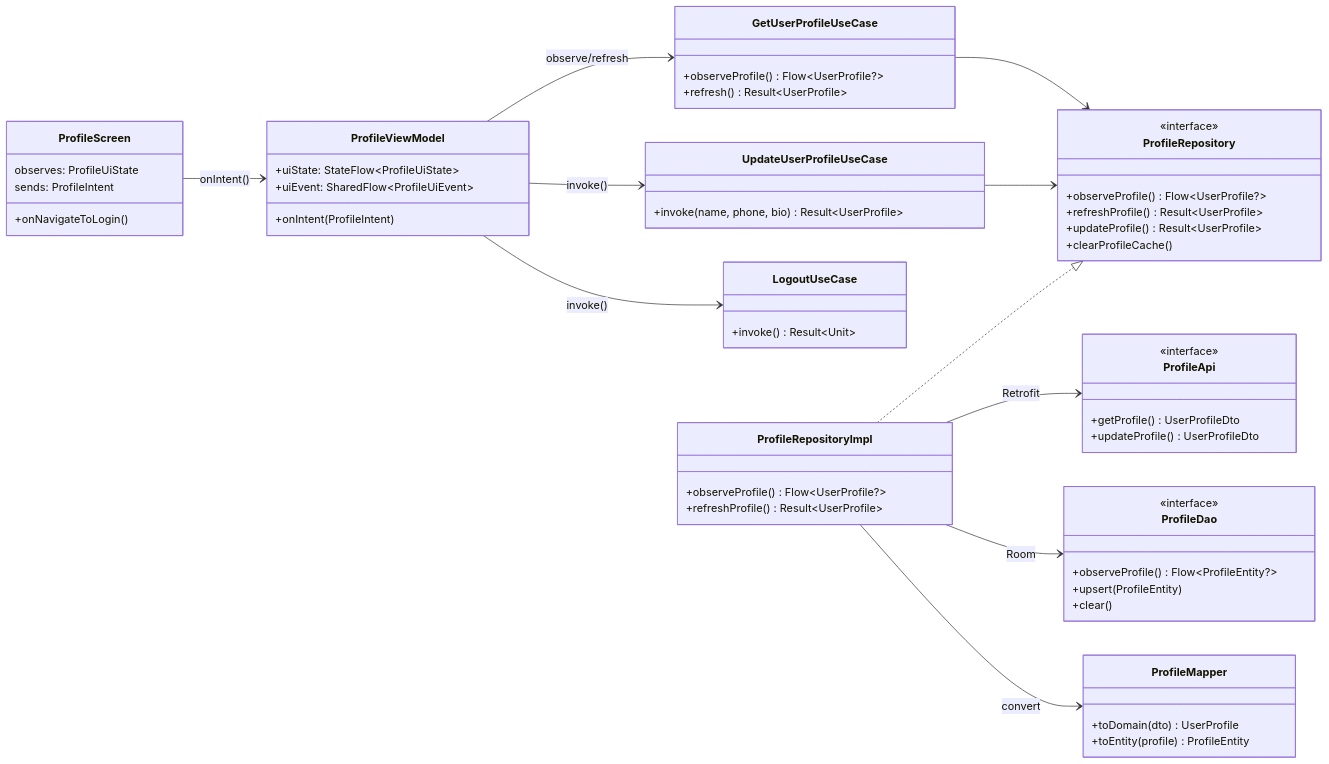
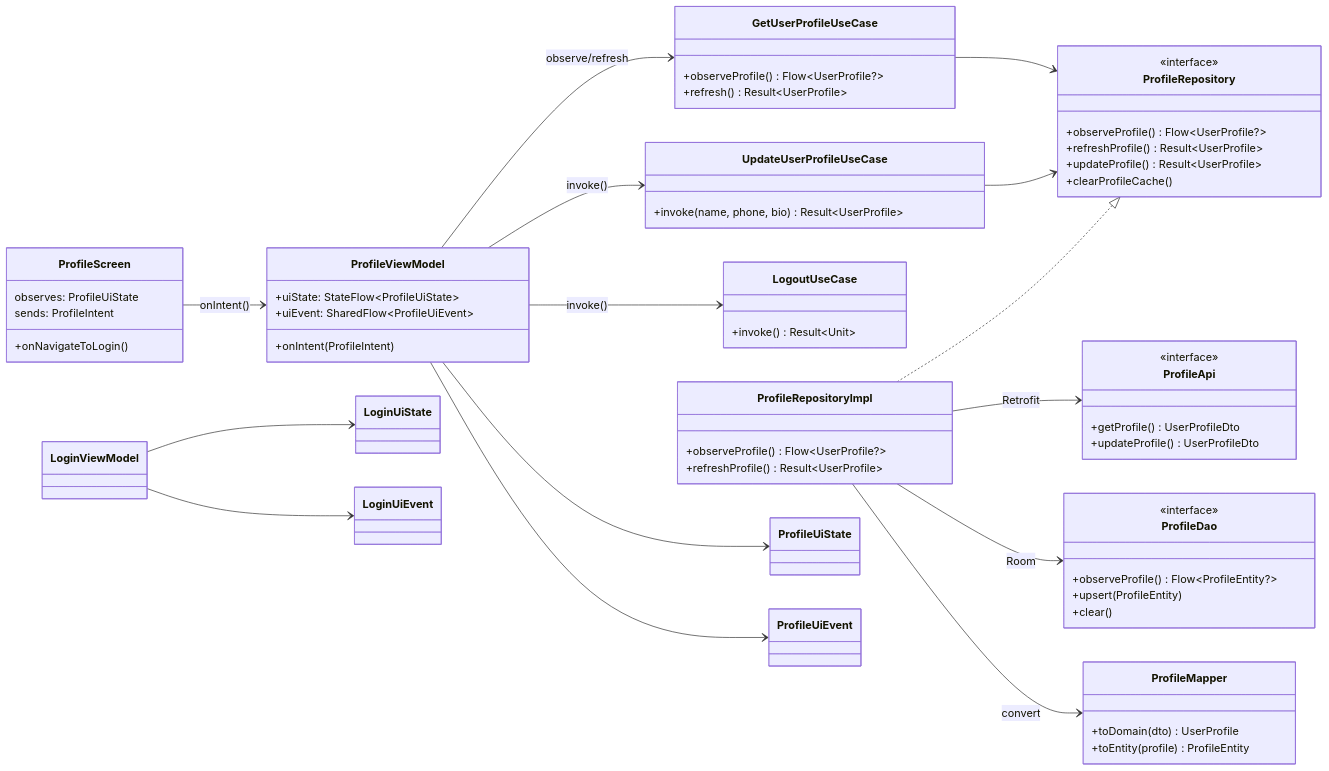
One commit to rickychang0328/android_mvvm_arch changed the third of 6 diagrams in doc/class-diagram.md. Above: the diagram before and after it, drawn with Mermaid. The commit also changed other lines of this file and 22 other files, not shown here.

````diff
--- a/doc/class-diagram.md
+++ b/doc/class-diagram.md
@@ -392,71 +524,75 @@
 ```mermaid
 classDiagram
     direction LR
 
     class ProfileScreen {
         +onNavigateToLogin()
         observes: ProfileUiState
         sends: ProfileIntent
     }
 
     class ProfileViewModel {
         +uiState: StateFlow~ProfileUiState~
         +uiEvent: SharedFlow~ProfileUiEvent~
         +onIntent(ProfileIntent)
     }
 
     class GetUserProfileUseCase {
         +observeProfile() Flow~UserProfile?~
         +refresh() Result~UserProfile~
     }
 
     class UpdateUserProfileUseCase {
         +invoke(name, phone, bio) Result~UserProfile~
     }
 
     class LogoutUseCase {
         +invoke() Result~Unit~
     }
 
     class ProfileRepository {
         <<interface>>
         +observeProfile() Flow~UserProfile?~
         +refreshProfile() Result~UserProfile~
         +updateProfile() Result~UserProfile~
         +clearProfileCache()
     }
 
     class ProfileRepositoryImpl {
         +observeProfile() Flow~UserProfile?~
         +refreshProfile() Result~UserProfile~
     }
 
     class ProfileApi {
         <<interface>>
         +getProfile() UserProfileDto
         +updateProfile() UserProfileDto
     }
 
     class ProfileDao {
         <<interface>>
         +observeProfile() Flow~ProfileEntity?~
         +upsert(ProfileEntity)
         +clear()
     }
 
     class ProfileMapper {
         +toDomain(dto) UserProfile
         +toEntity(profile) ProfileEntity
     }
 
     ProfileScreen --> ProfileViewModel : onIntent()
     ProfileViewModel --> GetUserProfileUseCase : observe/refresh
     ProfileViewModel --> UpdateUserProfileUseCase : invoke()
     ProfileViewModel --> LogoutUseCase : invoke()
     ProfileRepositoryImpl ..|> ProfileRepository
     GetUserProfileUseCase --> ProfileRepository
     UpdateUserProfileUseCase --> ProfileRepository
     ProfileRepositoryImpl --> ProfileApi : Retrofit
     ProfileRepositoryImpl --> ProfileDao : Room
     ProfileRepositoryImpl --> ProfileMapper : convert
+    LoginViewModel --> LoginUiState
+    LoginViewModel --> LoginUiEvent
+    ProfileViewModel --> ProfileUiState
+    ProfileViewModel --> ProfileUiEvent
 ```
````
